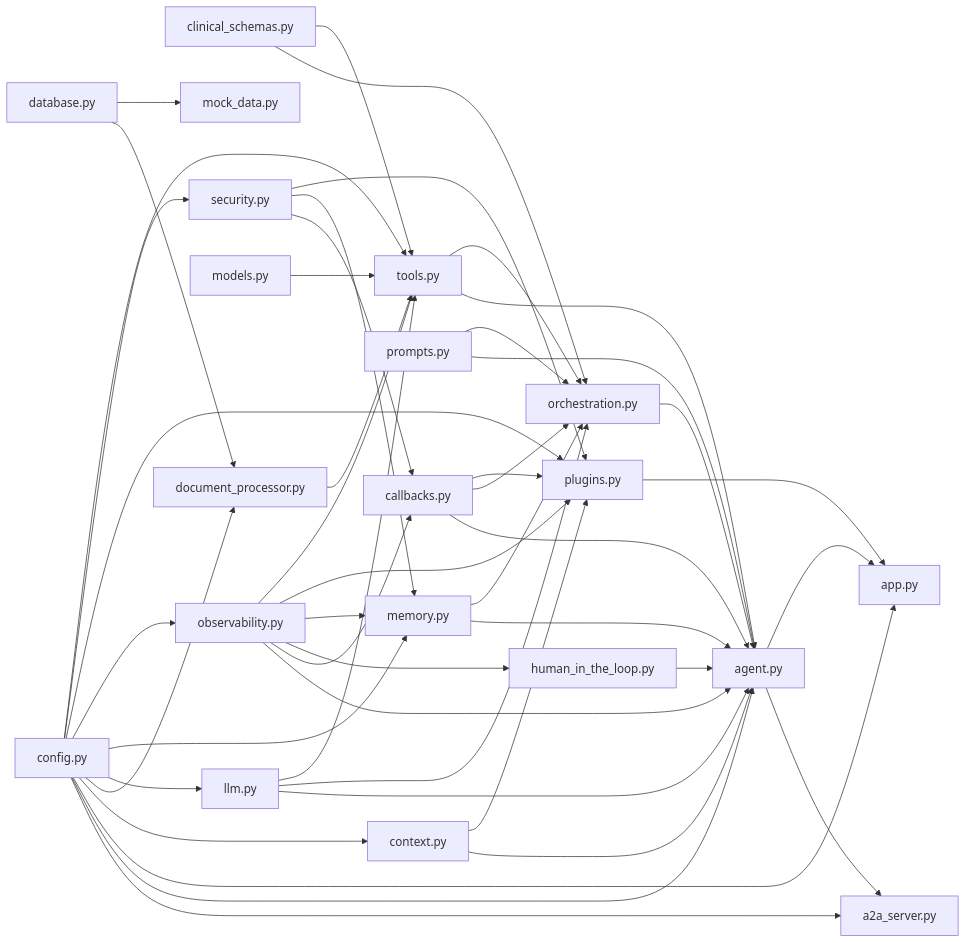
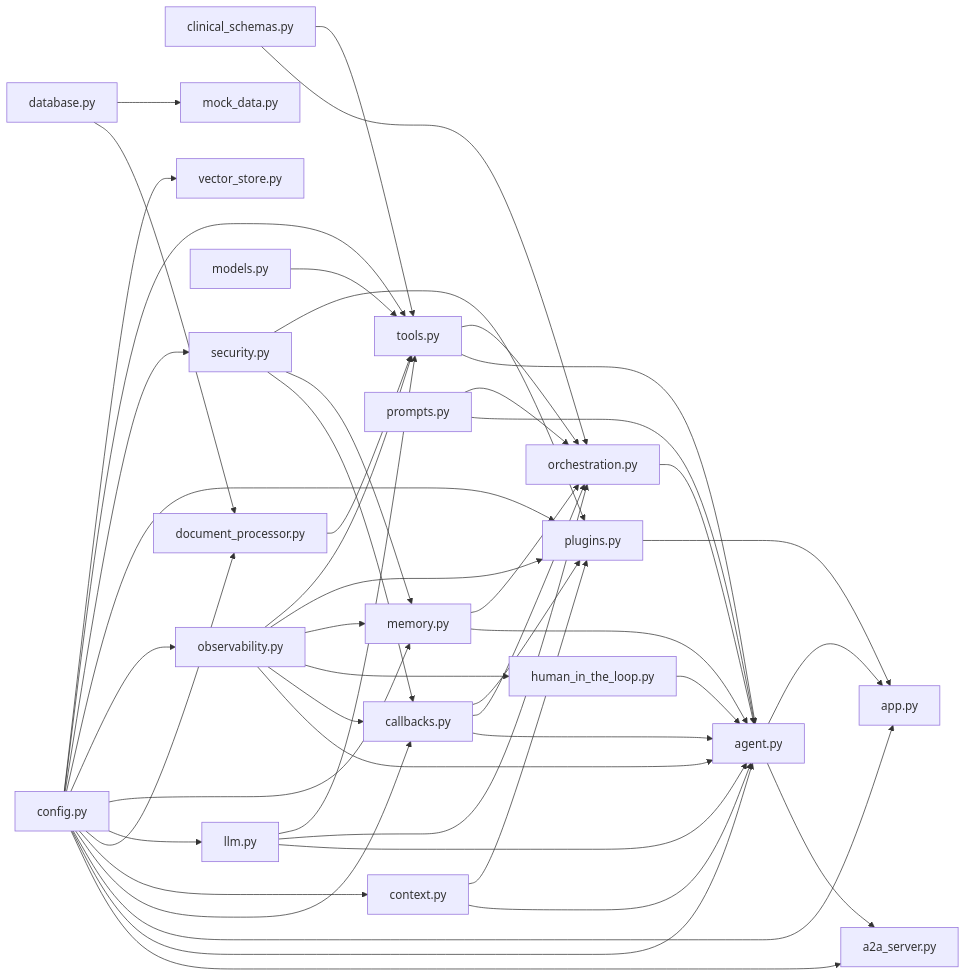
The diagram in Project Wiki/02 Architecture/Module Dependency Graph.md (GeorgiNaydenov/Google-Capstone-Project), drawn with Mermaid before and after one commit. The commit also changed 138 other files, not shown here.

Commit message:
Activate harness runtime and harden governed flows

````diff
--- a/Project Wiki/02 Architecture/Module Dependency Graph.md
+++ b/Project Wiki/02 Architecture/Module Dependency Graph.md
@@ -18,69 +18,72 @@
 ```mermaid
 flowchart LR
     a2a_server[a2a_server.py]
     agent[agent.py]
     app[app.py]
     callbacks[callbacks.py]
     clinical_schemas[clinical_schemas.py]
     config[config.py]
     context[context.py]
     database[database.py]
     document_processor[document_processor.py]
     human_in_the_loop[human_in_the_loop.py]
     llm[llm.py]
     memory[memory.py]
     mock_data[mock_data.py]
     models[models.py]
     observability[observability.py]
     orchestration[orchestration.py]
     plugins[plugins.py]
     prompts[prompts.py]
     security[security.py]
     tools[tools.py]
+    vector_store[vector_store.py]
 
     agent --> a2a_server
     agent --> app
     callbacks --> agent
     callbacks --> orchestration
     callbacks --> plugins
     clinical_schemas --> orchestration
     clinical_schemas --> tools
     config --> a2a_server
     config --> agent
     config --> app
+    config --> callbacks
     config --> context
     config --> document_processor
     config --> llm
     config --> memory
     config --> observability
     config --> plugins
     config --> security
     config --> tools
+    config --> vector_store
     context --> agent
     context --> plugins
     database --> document_processor
     database --> mock_data
     document_processor --> tools
     human_in_the_loop --> agent
     llm --> agent
     llm --> orchestration
     llm --> tools
     memory --> agent
     memory --> orchestration
     models --> tools
     observability --> agent
     observability --> callbacks
     observability --> human_in_the_loop
     observability --> memory
     observability --> plugins
     observability --> tools
     orchestration --> agent
     plugins --> app
     prompts --> agent
     prompts --> orchestration
     security --> callbacks
     security --> memory
     security --> plugins
     tools --> agent
     tools --> orchestration
 ```
````
